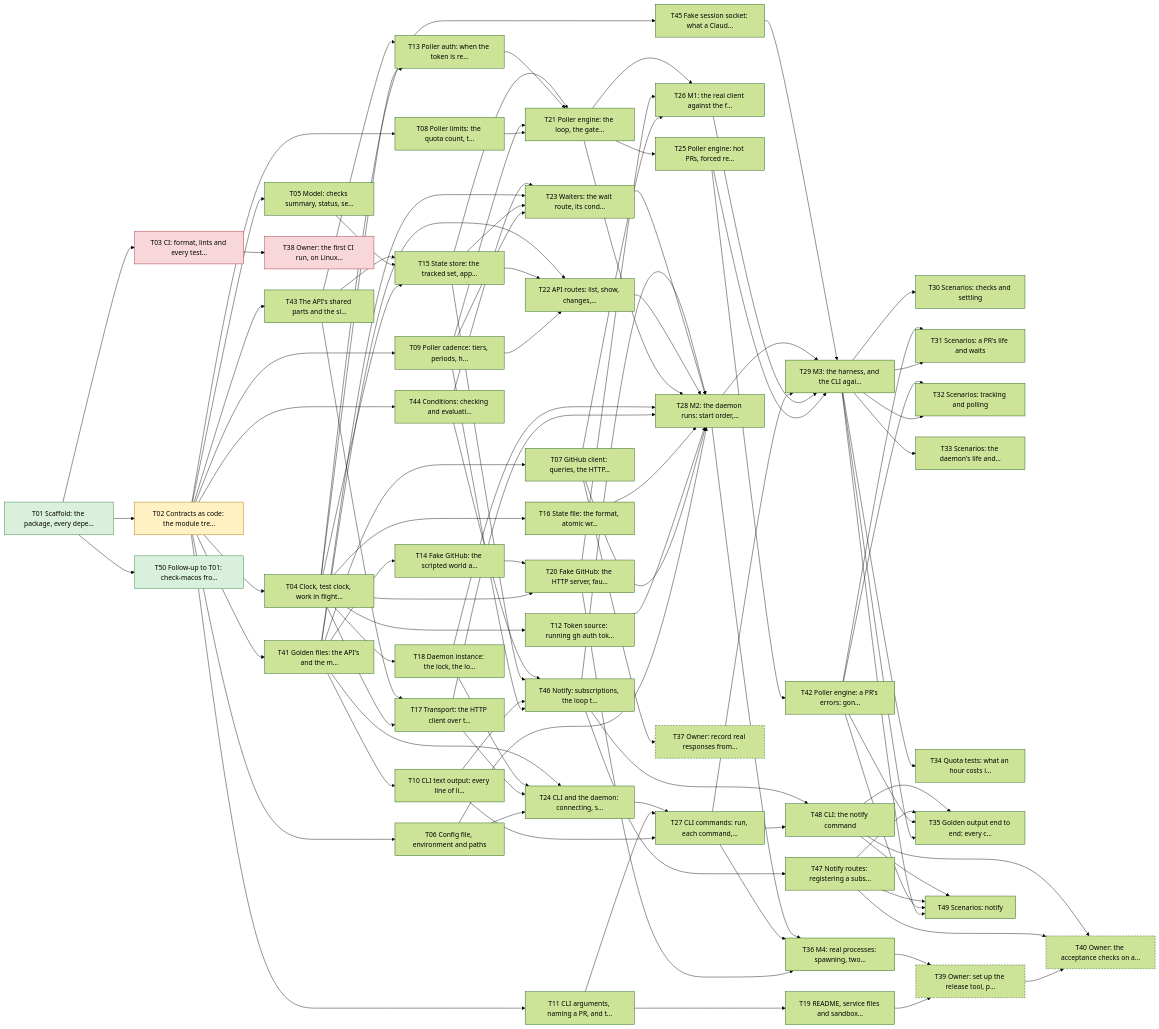
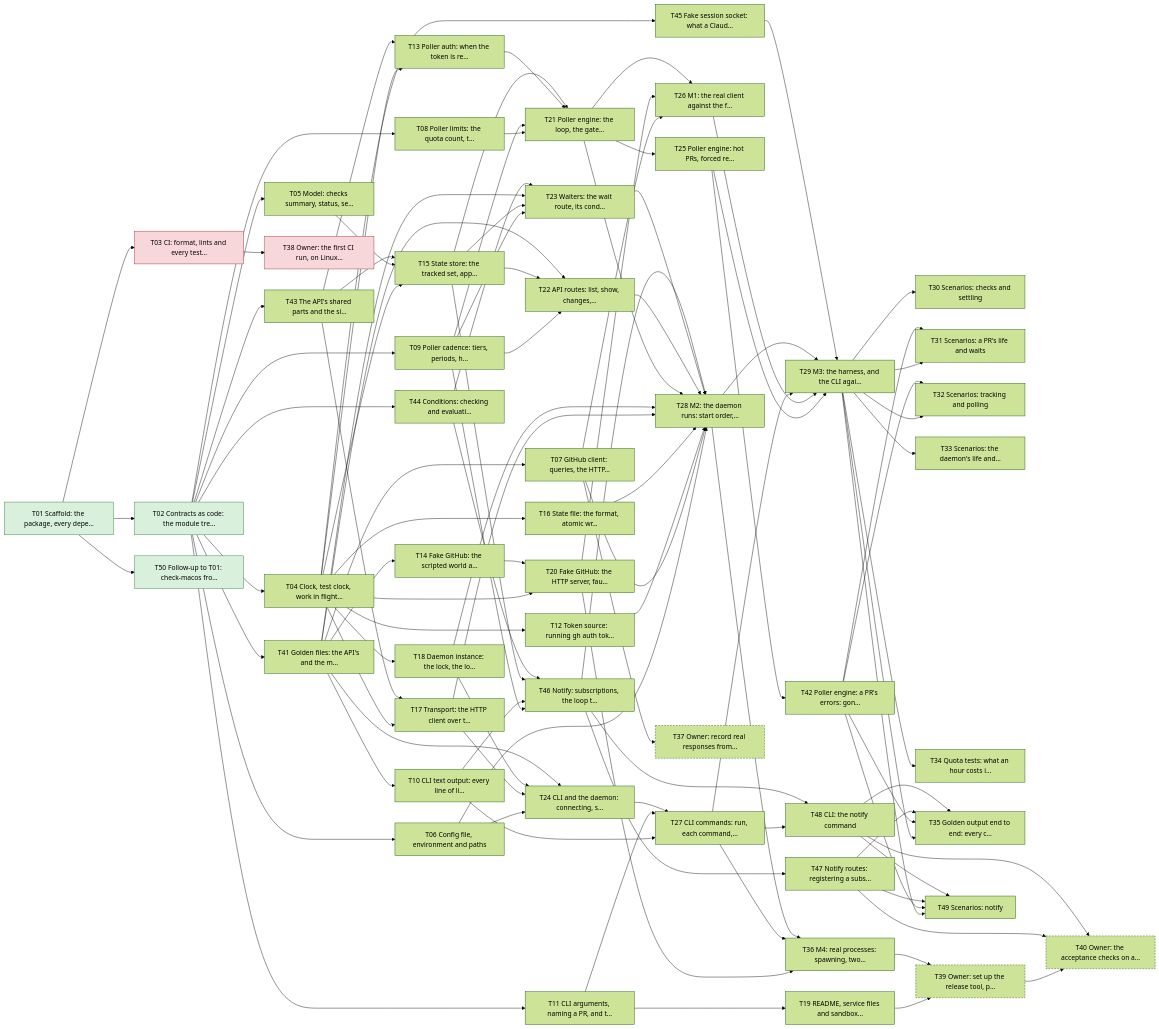
The diagram in plan/README.md (yachiko/circitor), drawn with Mermaid (forest theme) before and after one commit. The commit also changed other lines of this file and 2 other files, not shown here.

Commit message:
Record T02 as done

````diff
--- a/plan/README.md
+++ b/plan/README.md
@@ -138,7 +138,7 @@
 ```mermaid
 flowchart LR
   T01["T01 Scaffold: the package, every depe…"]:::done
-  T02["T02 Contracts as code: the module tre…"]:::active
+  T02["T02 Contracts as code: the module tre…"]:::done
   T03["T03 CI: format, lints and every test…"]:::blocked
   T04["T04 Clock, test clock, work in flight…"]
   T05["T05 Model: checks summary, status, se…"]
````
